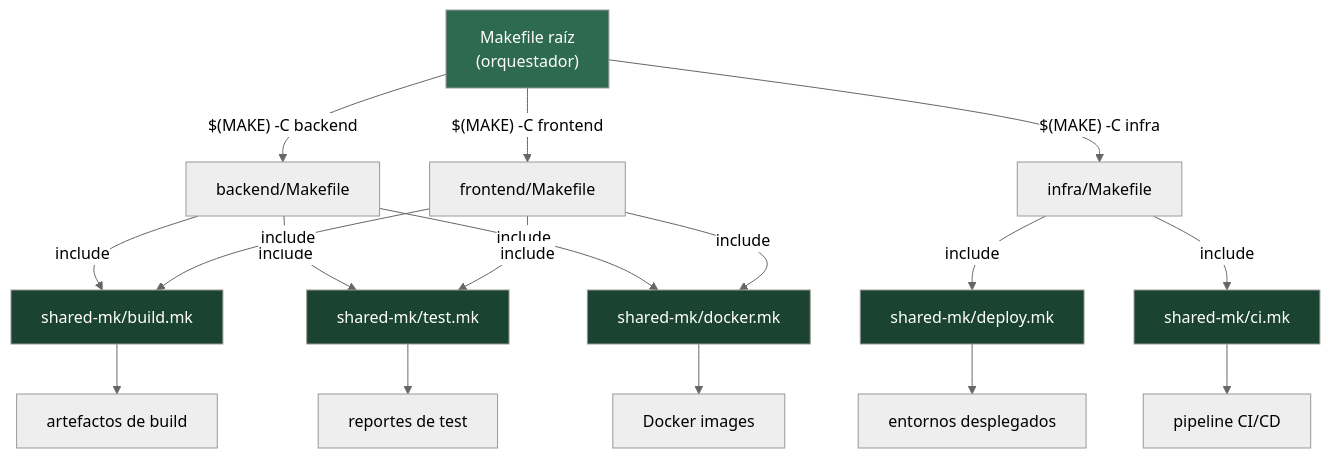
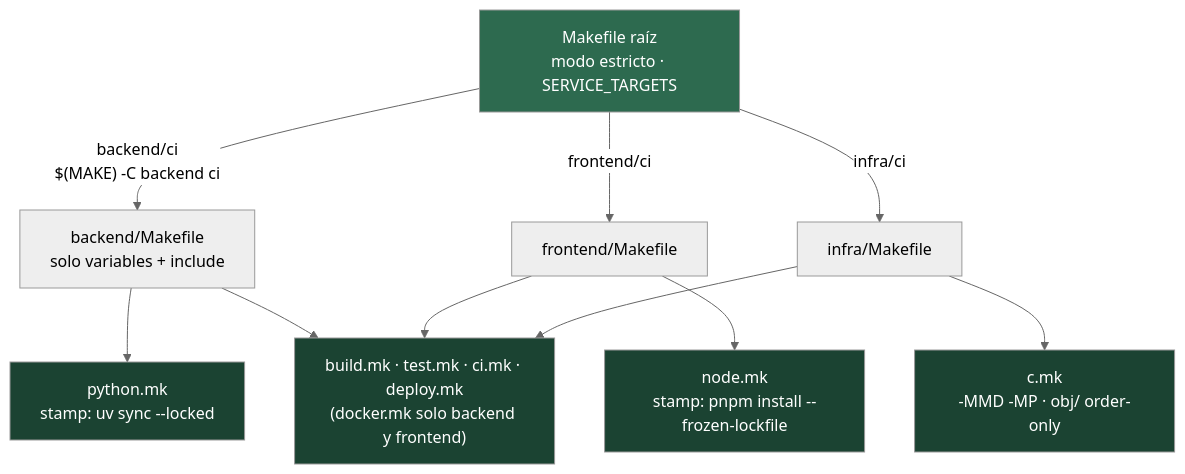
The diagram in bootcamp/week-14-proyecto_integrador/0-assets/01-arquitectura-build-system.md (ergrato-dev/bc-makefile), drawn with Mermaid (neutral theme) before and after one commit. The commit also changed other lines of this file and 110 other files, not shown here.

````diff
--- a/bootcamp/week-14-proyecto_integrador/0-assets/01-arquitectura-build-system.md
+++ b/bootcamp/week-14-proyecto_integrador/0-assets/01-arquitectura-build-system.md
@@ -3,31 +3,19 @@
 ```mermaid
 graph TD
-    ROOT["Makefile raíz<br/>(orquestador)"]
-    ROOT -->|"$(MAKE) -C backend"| BE["backend/Makefile"]
-    ROOT -->|"$(MAKE) -C frontend"| FE["frontend/Makefile"]
-    ROOT -->|"$(MAKE) -C infra"| INF["infra/Makefile"]
+    ROOT["Makefile raíz<br/>modo estricto · SERVICE_TARGETS"]
+    ROOT -->|"backend/ci<br/>$(MAKE) -C backend ci"| BE["backend/Makefile<br/>solo variables + include"]
+    ROOT -->|"frontend/ci"| FE["frontend/Makefile"]
+    ROOT -->|"infra/ci"| INF["infra/Makefile"]
 
-    BE -->|include| MK1["shared-mk/build.mk"]
-    BE -->|include| MK2["shared-mk/test.mk"]
-    BE -->|include| MK3["shared-mk/docker.mk"]
+    BE --> PY["python.mk<br/>stamp: uv sync --locked"]
+    FE --> NODE["node.mk<br/>stamp: pnpm install --frozen-lockfile"]
+    INF --> C["c.mk<br/>-MMD -MP · obj/ order-only"]
 
-    FE -->|include| MK1
-    FE -->|include| MK2
-    FE -->|include| MK3
-
-    INF -->|include| MK4["shared-mk/deploy.mk"]
-    INF -->|include| MK5["shared-mk/ci.mk"]
-
-    MK1 --> ART1["artefactos de build"]
-    MK2 --> ART2["reportes de test"]
-    MK3 --> ART3["Docker images"]
-    MK4 --> ART4["entornos desplegados"]
-    MK5 --> ART5["pipeline CI/CD"]
+    BE & FE & INF --> COMMON["build.mk · test.mk · ci.mk · deploy.mk<br/>(docker.mk solo backend y frontend)"]
 
     style ROOT fill:#2d6a4f,color:#fff
-    style MK1 fill:#1b4332,color:#fff
-    style MK2 fill:#1b4332,color:#fff
-    style MK3 fill:#1b4332,color:#fff
-    style MK4 fill:#1b4332,color:#fff
-    style MK5 fill:#1b4332,color:#fff
+    style PY fill:#1b4332,color:#fff
+    style NODE fill:#1b4332,color:#fff
+    style C fill:#1b4332,color:#fff
+    style COMMON fill:#1b4332,color:#fff
 ```
````
